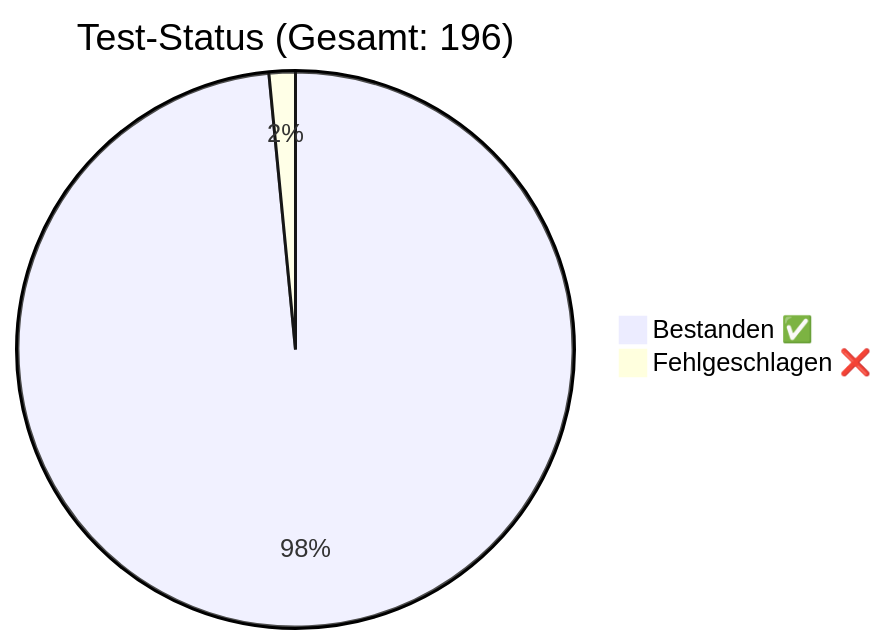
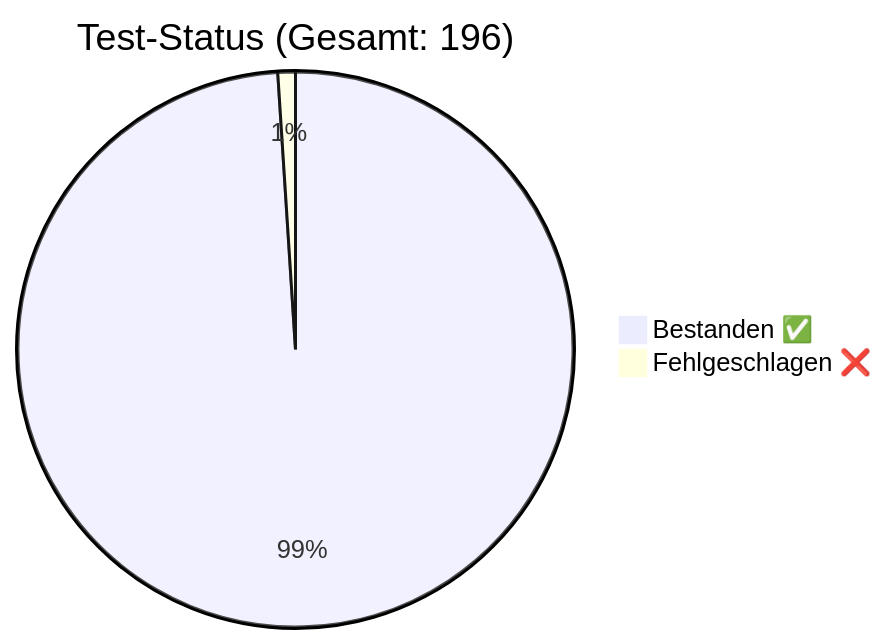
Before and after one commit to rorila/GCS: the diagram in docs/QA_Report.md, drawn with Mermaid. The commit also changed other lines of this file and 4 other files, not shown here.

````diff
--- a/docs/QA_Report.md
+++ b/docs/QA_Report.md
@@ -7,5 +7,5 @@
 ```mermaid
 pie title Test-Status (Gesamt: 196)
-    "Bestanden ✅" : 193
-    "Fehlgeschlagen ❌" : 3
+    "Bestanden ✅" : 194
+    "Fehlgeschlagen ❌" : 2
 ```
````
